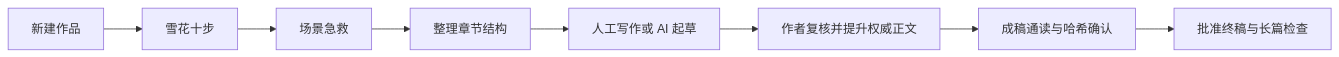
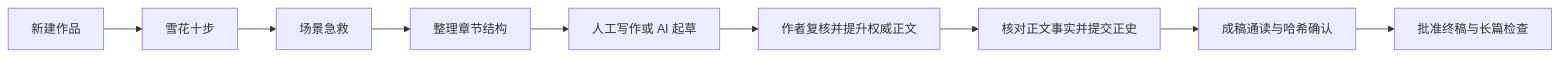
Before and after one commit to cocododo-dv/xiaoshuo: the diagram in docs/operator-manual.md, drawn with Mermaid. The commit also changed other lines of this file and 122 other files, not shown here.

````diff
--- a/docs/operator-manual.md
+++ b/docs/operator-manual.md
@@ -71,10 +71,11 @@
 ```mermaid
 flowchart LR
     A["新建作品"] --> B["雪花十步"]
     B --> C["场景急救"]
     C --> D["整理章节结构"]
     D --> E["人工写作或 AI 起草"]
     E --> F["作者复核并提升权威正文"]
-    F --> G["成稿通读与哈希确认"]
-    G --> H["批准终稿与长篇检查"]
+    F --> G["核对正文事实并提交正史"]
+    G --> H["成稿通读与哈希确认"]
+    H --> I["批准终稿与长篇检查"]
 ```
````
